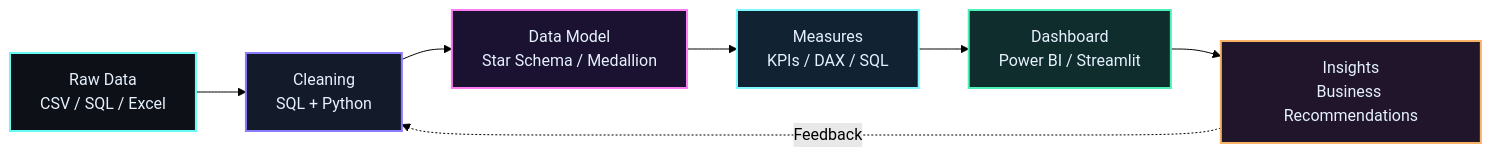
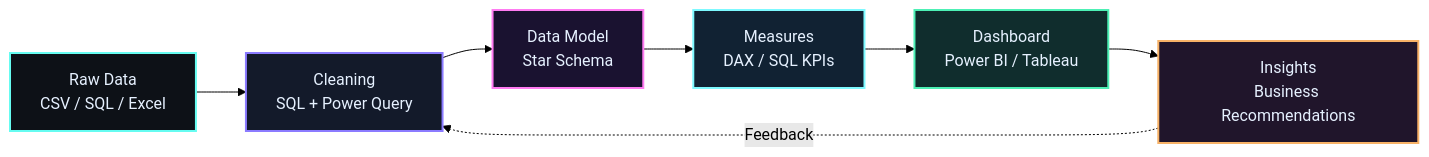
One commit to Chowdri-Furkhan07/Chowdri-Furkhan07 changed the diagram in README.md. Above: the diagram before and after it, drawn with Mermaid (forest theme). The commit also changed other lines of this file, not shown here.

````diff
--- a/README.md
+++ b/README.md
@@ -120,16 +108,16 @@
 ```mermaid
 flowchart LR
-    A[Raw Data<br/>CSV / SQL / Excel] --> B[Cleaning<br/>SQL + Python]
-    B --> C[Data Model<br/>Star Schema / Medallion]
-    C --> D[Measures<br/>KPIs / DAX / SQL]
-    D --> E[Dashboard<br/>Power BI / Streamlit]
+    A[Raw Data<br/>CSV / SQL / Excel] --> B[Cleaning<br/>SQL + Power Query]
+    B --> C[Data Model<br/>Star Schema]
+    C --> D[Measures<br/>DAX / SQL KPIs]
+    D --> E[Dashboard<br/>Power BI / Tableau]
     E --> F[Insights<br/>Business Recommendations]
     F -. Feedback .-> B
 
     style A fill:#0d1117,stroke:#66fcf1,stroke-width:2px,color:#e6f1ff
     style B fill:#131a2a,stroke:#8b7bff,stroke-width:2px,color:#e6f1ff
     style C fill:#1a1230,stroke:#ff7bf1,stroke-width:2px,color:#e6f1ff
     style D fill:#112233,stroke:#7df9ff,stroke-width:2px,color:#e6f1ff
     style E fill:#102d2d,stroke:#4df0b5,stroke-width:2px,color:#e6f1ff
     style F fill:#20152b,stroke:#f7b267,stroke-width:2px,color:#e6f1ff
 ```
````
